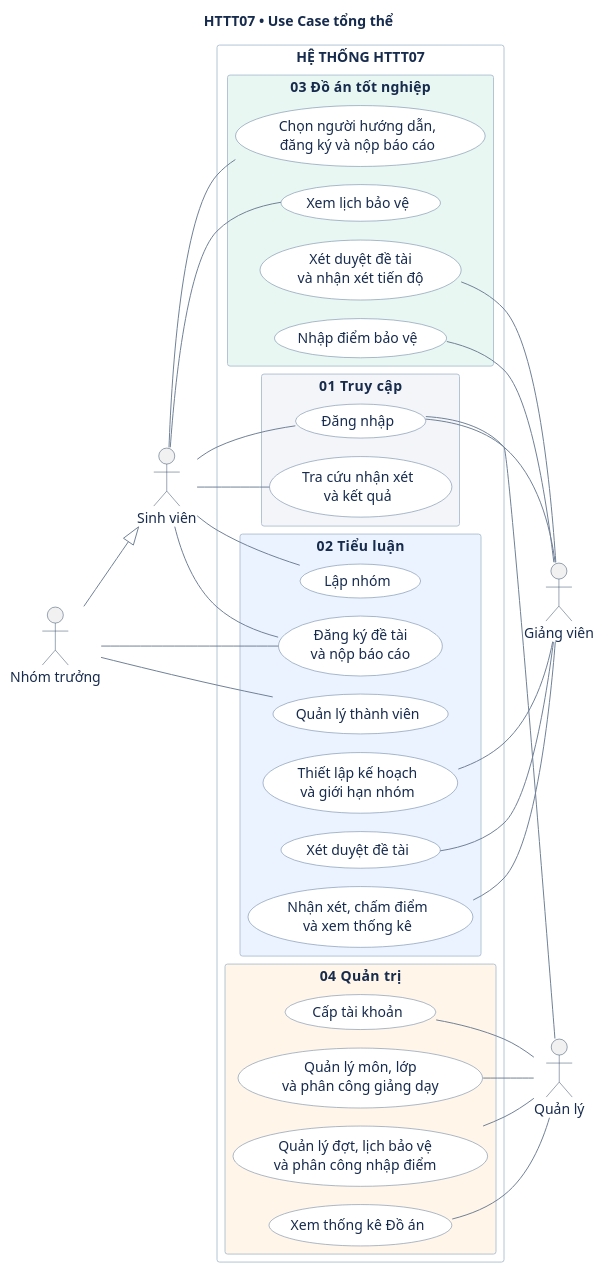
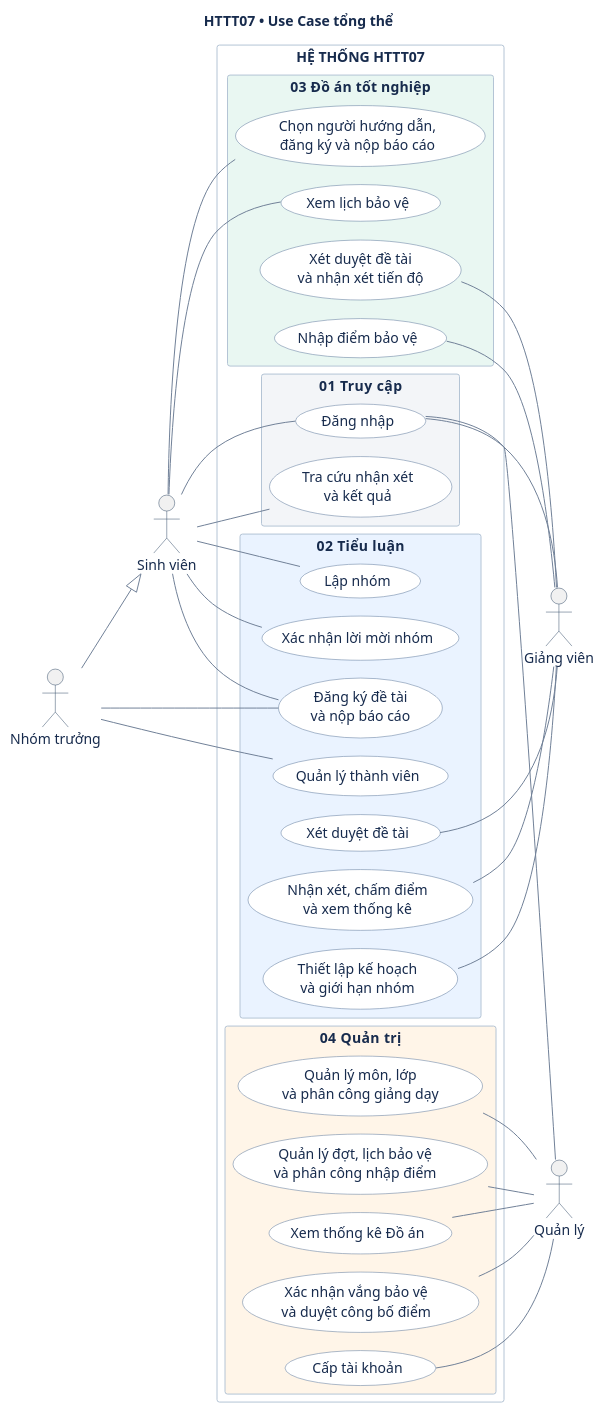
Before and after one commit to lam-vu6868/HTQL_TieuLuan_DoAN: the first of 8 diagrams in 02-so-do-uml(1).md, drawn with PlantUML. The commit also changed other lines of this file and 4 other files, not shown here.

````diff
--- a/02-so-do-uml(1).md
+++ b/02-so-do-uml(1).md
@@ -15,72 +15,76 @@
 ```plantuml
 @startuml
 title HTTT07 • Use Case tổng thể
 left to right direction
 !pragma layout smetana
 skinparam shadowing false
 skinparam DefaultFontName SansSerif
 skinparam defaultFontColor #172B4D
 skinparam ArrowColor #718198
 skinparam ActorBorderColor #344C69
 skinparam UsecaseBorderColor #587499
 skinparam UsecaseBackgroundColor #FFFFFF
 skinparam PackageBorderColor #CCD6E2
 skinparam RectangleBorderColor #B4C4D5
 skinparam packageStyle rectangle
 
 actor "Sinh viên" as SV
 actor "Nhóm trưởng" as NT
 actor "Giảng viên" as GV
 actor "Quản lý" as QL
 
 rectangle "HỆ THỐNG HTTT07" {
   package "01  Truy cập" as AUTH #F3F5F8 {
     usecase "Đăng nhập" as LOGIN
     usecase "Tra cứu nhận xét\nvà kết quả" as RESULT
   }
   package "02  Tiểu luận" as ESSAY #EAF3FF {
     usecase "Lập nhóm" as TEAM
+    usecase "Xác nhận lời mời nhóm" as ACCEPT
     usecase "Quản lý thành viên" as MEMBER
     usecase "Đăng ký đề tài\nvà nộp báo cáo" as TL
     usecase "Thiết lập kế hoạch\nvà giới hạn nhóm" as PLAN
     usecase "Xét duyệt đề tài" as TL_REVIEW
     usecase "Nhận xét, chấm điểm\nvà xem thống kê" as TL_MARK
   }
   package "03  Đồ án tốt nghiệp" as THESIS #E9F7F2 {
     usecase "Chọn người hướng dẫn,\nđăng ký và nộp báo cáo" as DA
     usecase "Xem lịch bảo vệ" as SCHED
     usecase "Xét duyệt đề tài\nvà nhận xét tiến độ" as DA_REVIEW
     usecase "Nhập điểm bảo vệ" as DEF_MARK
   }
   package "04  Quản trị" as ADMIN #FFF5E8 {
     usecase "Cấp tài khoản" as ACCOUNT
     usecase "Quản lý môn, lớp\nvà phân công giảng dạy" as CLASS
     usecase "Quản lý đợt, lịch bảo vệ\nvà phân công nhập điểm" as TERM
     usecase "Xem thống kê Đồ án" as STATS
+    usecase "Xác nhận vắng bảo vệ\nvà duyệt công bố điểm" as PUBLISH
   }
 }
 
 NT --|> SV
 SV -- LOGIN
 SV -- RESULT
 SV -- TEAM
+SV -- ACCEPT
 SV -- TL
 NT -- MEMBER
 NT -- TL
 SV -- DA
 SV -- SCHED
 
 LOGIN -- GV
 PLAN -- GV
 TL_REVIEW -- GV
 TL_MARK -- GV
 DA_REVIEW -- GV
 DEF_MARK -- GV
 
 LOGIN -- QL
 ACCOUNT -- QL
 CLASS -- QL
 TERM -- QL
 STATS -- QL
+PUBLISH -- QL
 @enduml
 ```
````
